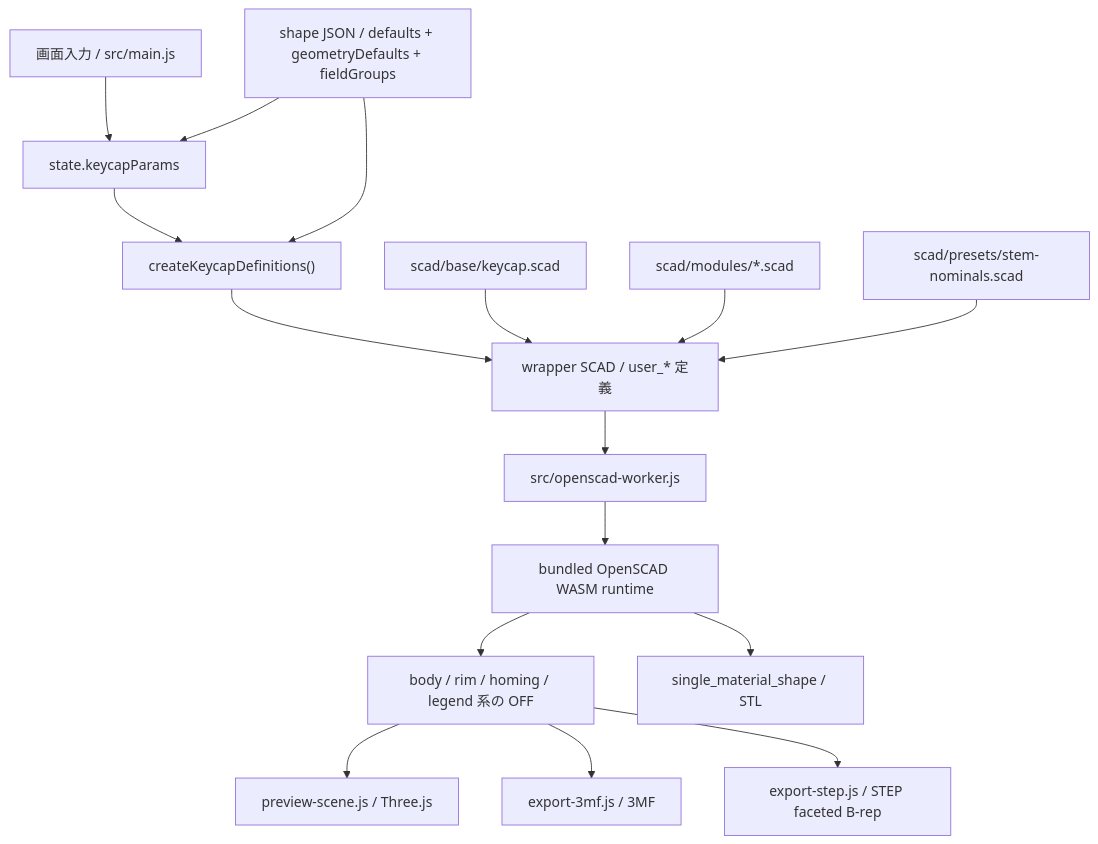
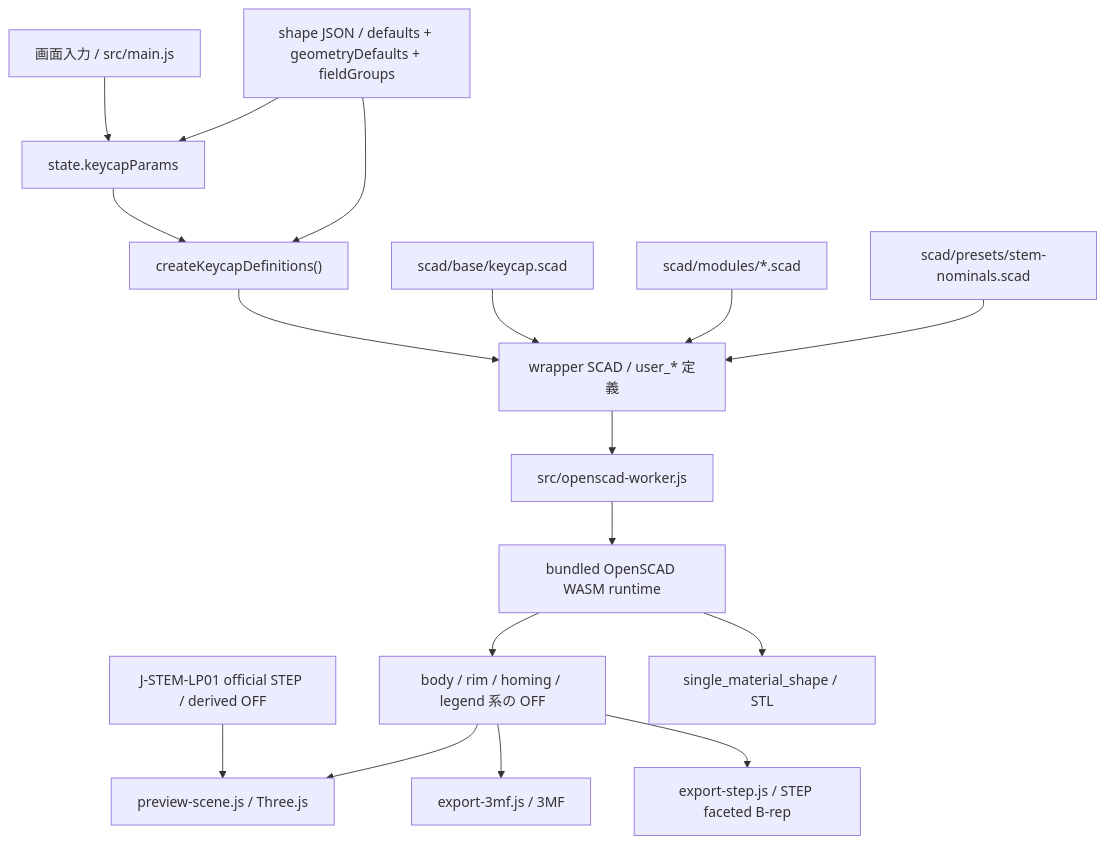
Before and after one commit to Masashi-desu/KeycapMaker: the diagram in docs/architecture/scad-and-export.md, drawn with Mermaid. The commit also changed other lines of this file and 25 other files, not shown here.

Commit message:
Add official J-STEM-LP01 reference asset

````diff
--- a/docs/architecture/scad-and-export.md
+++ b/docs/architecture/scad-and-export.md
@@ -90,18 +90,19 @@
 ```mermaid
 flowchart TD
   screen["画面入力 / src/main.js"] --> state["state.keycapParams"]
   shapeJson["shape JSON / defaults + geometryDefaults + fieldGroups"] --> state
   state --> bridge["createKeycapDefinitions()"]
   shapeJson --> bridge
   bridge --> wrapper["wrapper SCAD / user_* 定義"]
+  stepAsset["J-STEM-LP01 official STEP / derived OFF"] --> preview
   scadEntry["scad/base/keycap.scad"] --> wrapper
   scadModules["scad/modules/*.scad"] --> wrapper
   stemNominals["scad/presets/stem-nominals.scad"] --> wrapper
   wrapper --> worker["src/openscad-worker.js"]
   worker --> wasm["bundled OpenSCAD WASM runtime"]
   wasm --> off["body / rim / homing / legend 系の OFF"]
   off --> preview["preview-scene.js / Three.js"]
   off --> export3mf["export-3mf.js / 3MF"]
   off --> exportStep["export-step.js / STEP faceted B-rep"]
   wasm --> exportStl["single_material_shape / STL"]
 ```
````
